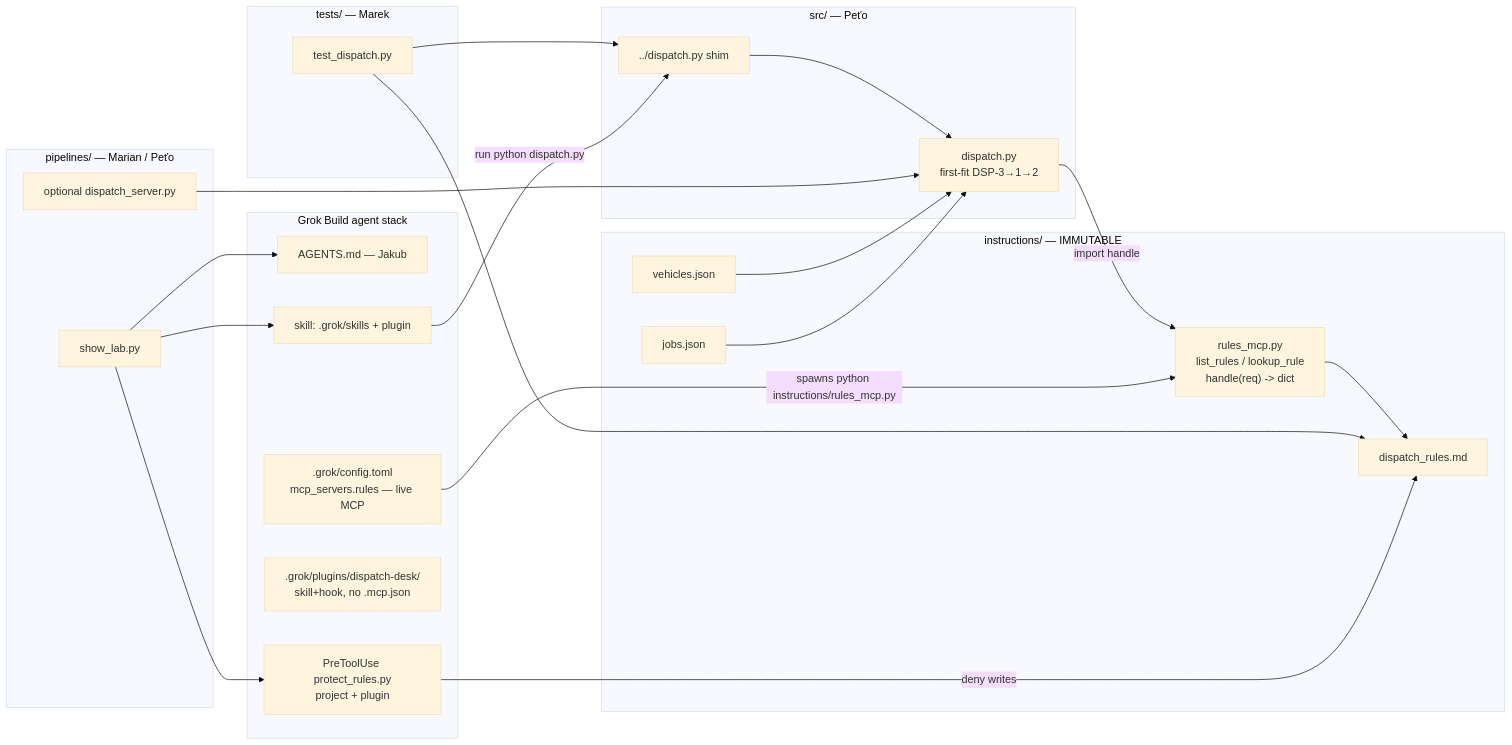
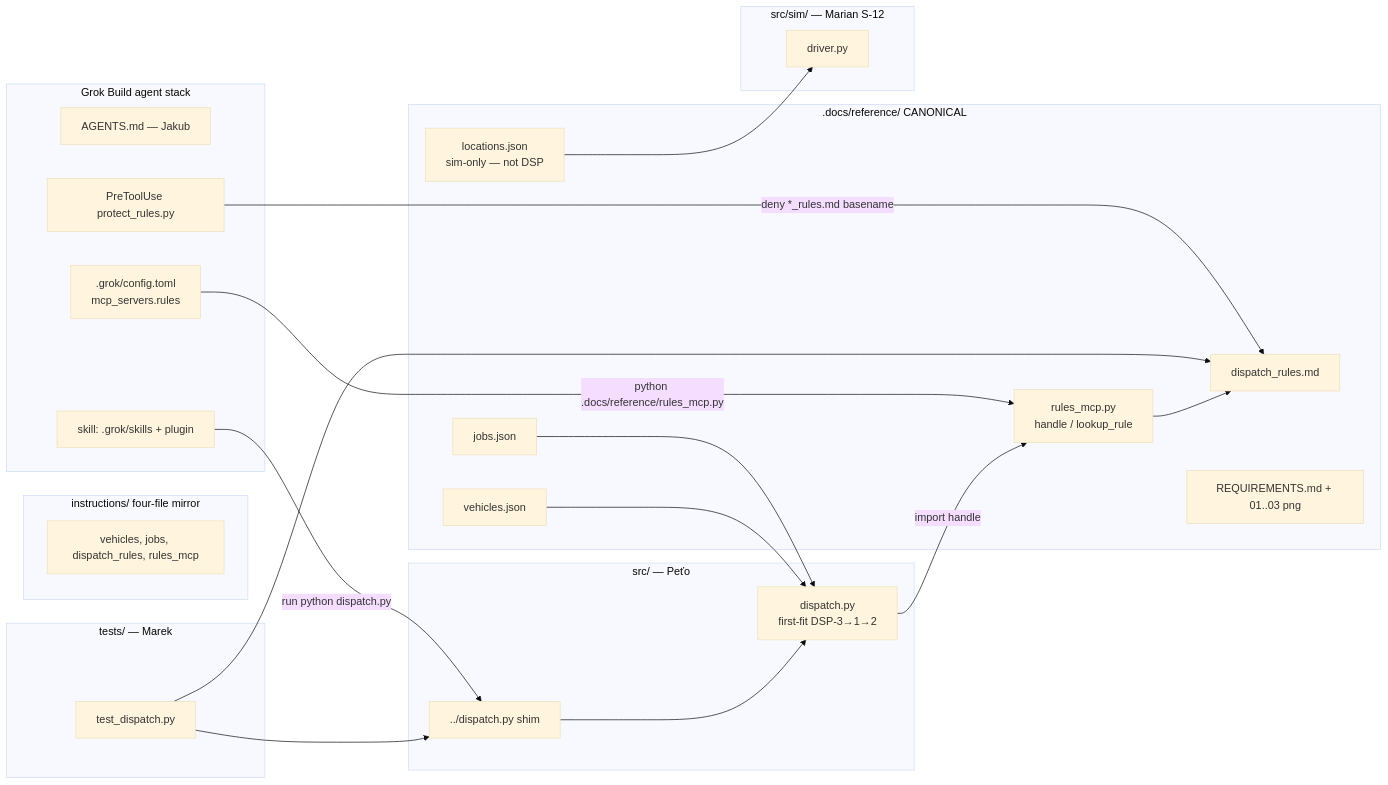
One commit to jakub-paulina-ness/Dispatch-desk changed the first of 4 diagrams in .docs/specification/architecture.md. Above: the diagram before and after it, drawn with Mermaid (base theme). The commit also changed other lines of this file, not shown here.

Commit message:
docs: treat .docs/reference as the canonical client data pack

````diff
--- a/.docs/specification/architecture.md
+++ b/.docs/specification/architecture.md
@@ -279,46 +290,47 @@
 ```mermaid
 flowchart LR
-  subgraph Kit["instructions/  — IMMUTABLE"]
+  subgraph Ref[".docs/reference/  CANONICAL"]
     V["vehicles.json"]
     J["jobs.json"]
     R["dispatch_rules.md"]
-    MCP["rules_mcp.py\nlist_rules / lookup_rule\nhandle(req) -> dict"]
+    MCP["rules_mcp.py\nhandle / lookup_rule"]
+    LOC["locations.json\nsim-only — not DSP"]
+    BRF["REQUIREMENTS.md + 01..03 png"]
+  end
+
+  subgraph Mirror["instructions/  four-file mirror"]
+    M4["vehicles, jobs, dispatch_rules, rules_mcp"]
   end
 
   subgraph Engine["src/  — Peťo"]
     D["dispatch.py\nfirst-fit DSP-3→1→2"]
     SHIM["../dispatch.py shim"]
+  end
+
+  subgraph Sim["src/sim/  — Marian S-12"]
+    DR["driver.py"]
   end
 
   subgraph QA["tests/  — Marek"]
     T["test_dispatch.py"]
   end
 
   subgraph Agent["Grok Build agent stack"]
     AG["AGENTS.md — Jakub"]
     SK["skill: .grok/skills + plugin"]
-    HK["PreToolUse protect_rules.py\nproject + plugin"]
-    PL[".grok/plugins/dispatch-desk/\nskill+hook, no .mcp.json"]
-    CFG[".grok/config.toml\nmcp_servers.rules — live MCP"]
-  end
-
-  subgraph Demo["pipelines/  — Marian / Peťo"]
-    SL["show_lab.py"]
-    OPT["optional dispatch_server.py"]
+    HK["PreToolUse protect_rules.py"]
+    CFG[".grok/config.toml\nmcp_servers.rules"]
   end
 
   V --> D
   J --> D
   D -->|"import handle"| MCP
   MCP --> R
+  LOC --> DR
   SHIM --> D
   T --> SHIM
   T --> R
-  CFG -->|"spawns python instructions/rules_mcp.py"| MCP
+  CFG -->|"python .docs/reference/rules_mcp.py"| MCP
   SK -->|"run python dispatch.py"| SHIM
-  HK -->|"deny writes"| R
-  SL --> AG
-  SL --> SK
-  SL --> HK
-  OPT --> D
+  HK -->|"deny *_rules.md basename"| R
 ```
````
